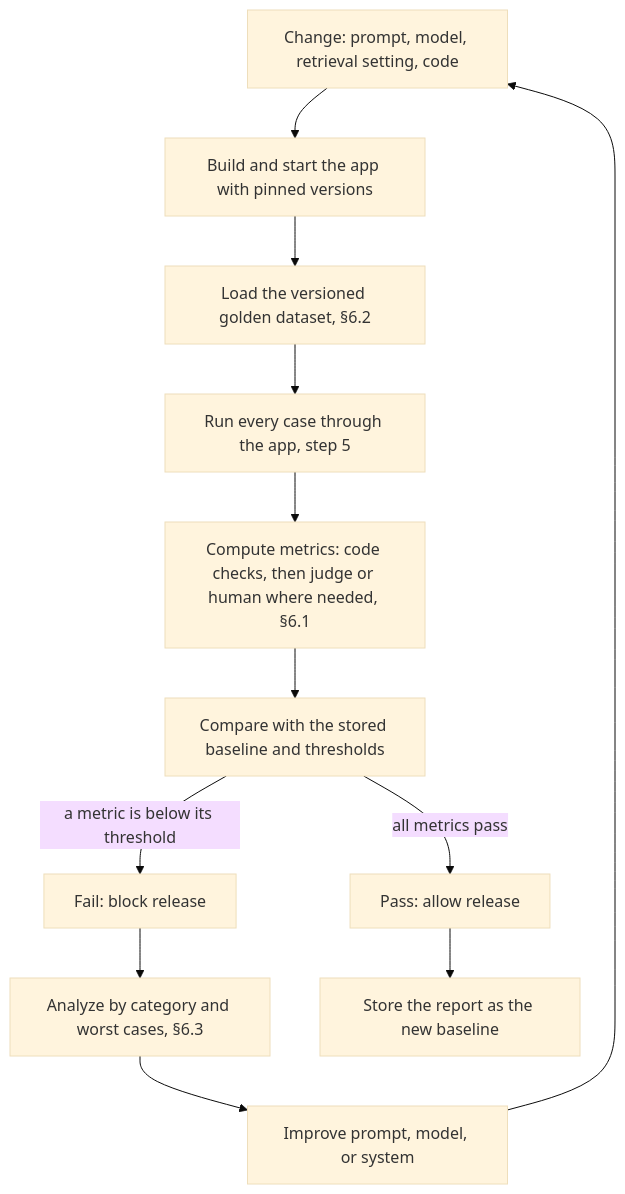
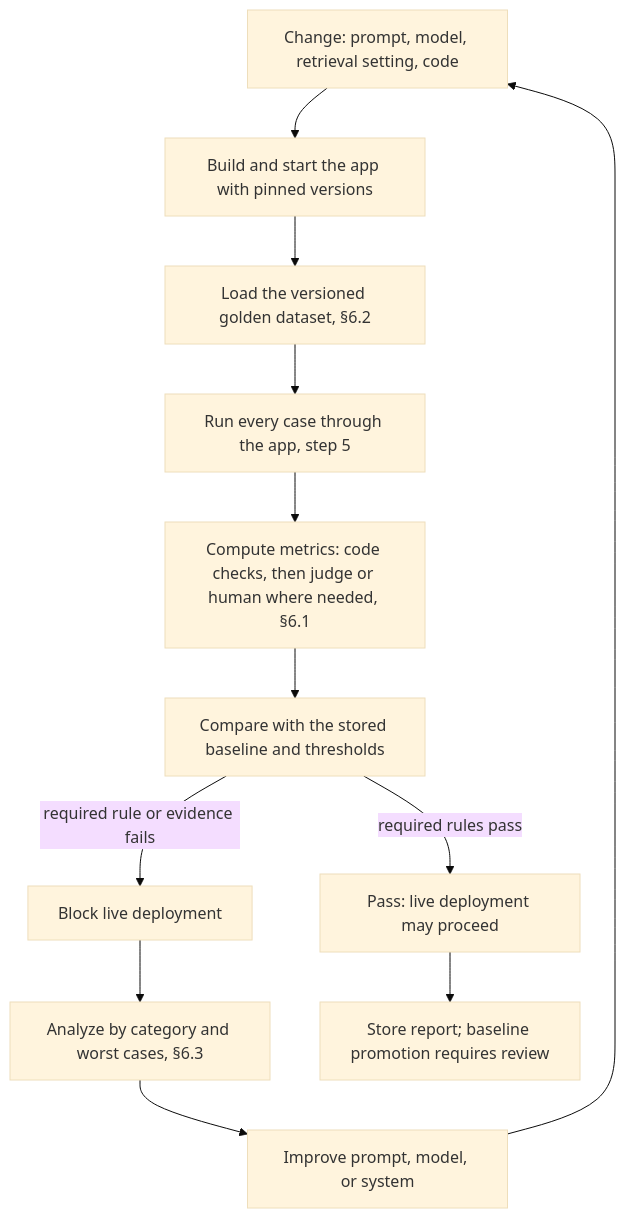
The sixth of 7 diagrams in docs/Enterprise_Knowledge_Assistant_Evaluation_Guide_v1.md (kumarpramodlohar/enterprise-knowledge-assistant-spec), drawn with Mermaid (base theme) before and after one commit. The commit also changed other lines of this file and 6 other files, not shown here.

````diff
--- a/docs/Enterprise_Knowledge_Assistant_Evaluation_Guide_v1.md
+++ b/docs/Enterprise_Knowledge_Assistant_Evaluation_Guide_v1.md
@@ -999,14 +1019,14 @@
 ```mermaid
 flowchart TD
     C[Change: prompt, model, retrieval setting, code] --> B[Build and start the app with pinned versions]
     B --> L[Load the versioned golden dataset, §6.2]
     L --> R[Run every case through the app, step 5]
     R --> M[Compute metrics: code checks, then judge or human where needed, §6.1]
     M --> CMP[Compare with the stored baseline and thresholds]
-    CMP -->|all metrics pass| P[Pass: allow release]
-    CMP -->|a metric is below its threshold| F[Fail: block release]
+    CMP -->|required rules pass| P[Pass: live deployment may proceed]
+    CMP -->|required rule or evidence fails| F[Block live deployment]
     F --> A[Analyze by category and worst cases, §6.3]
     A --> I[Improve prompt, model, or system]
     I --> C
-    P --> REP[Store the report as the new baseline]
+    P --> REP[Store report; baseline promotion requires review]
 ```
````
